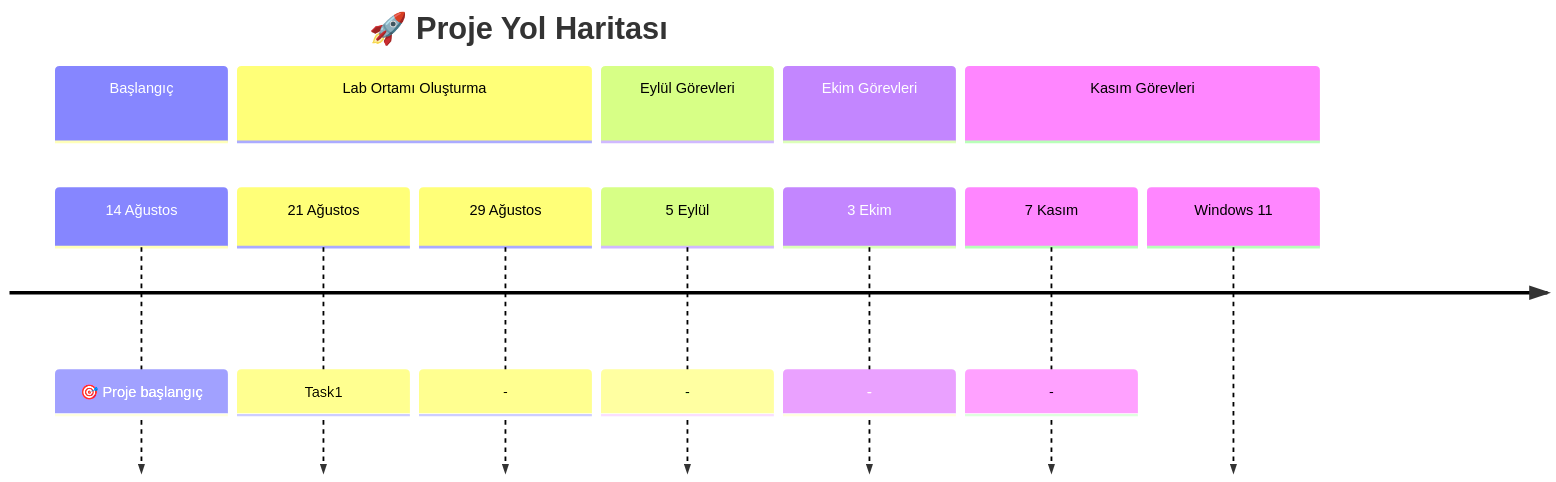
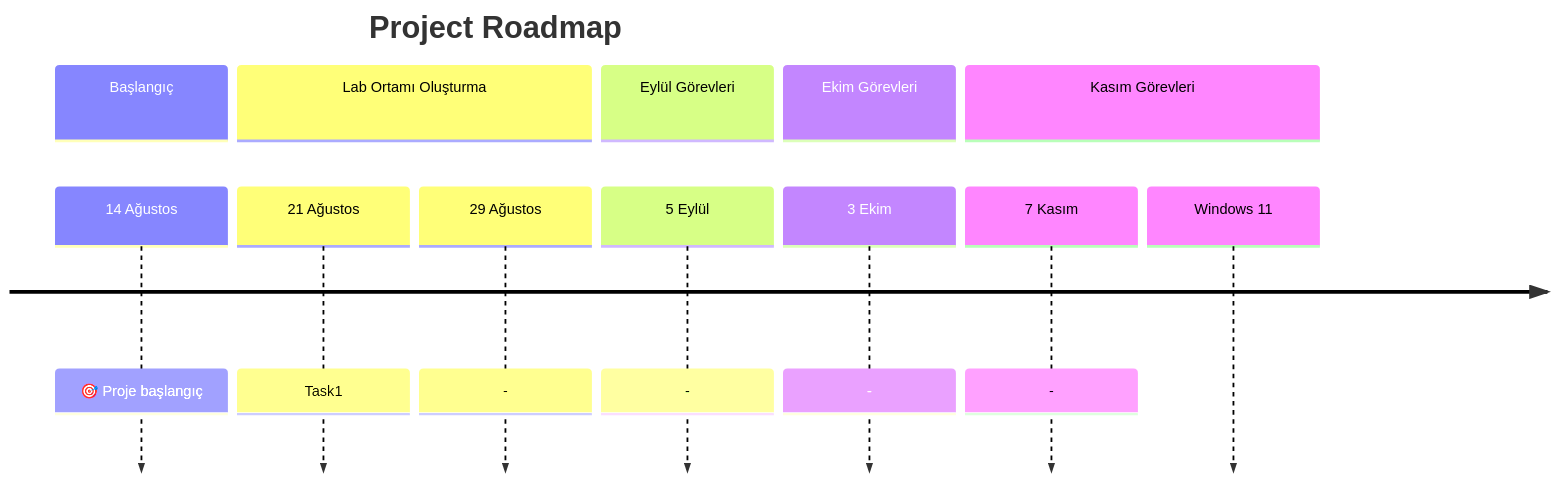
One commit to znach-lab/main-goal changed the second of 2 diagrams in README.md. Above: the diagram before and after it, drawn with Mermaid.

````diff
--- a/README.md
+++ b/README.md
@@ -52,24 +52,24 @@
 ```mermaid
 
 timeline
-    title 🚀 Proje Yol Haritası
+    title Project Roadmap
     section Başlangıç
       14 Ağustos : 🎯 Proje başlangıç
     
     section Lab Ortamı Oluşturma
       21 Ağustos : Task1
       29 Ağustos : -
 
     section Eylül Görevleri
       5 Eylül    : -
     
 
     section Ekim Görevleri
       3 Ekim     : -
   
 
     section Kasım Görevleri
       7 Kasım    : -
    
 Windows 11
 ```
````
